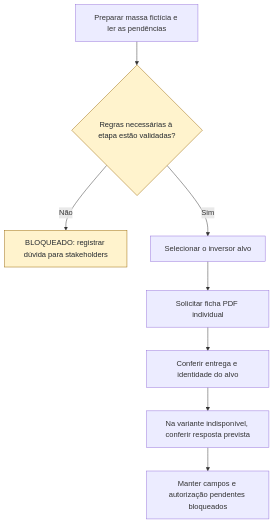
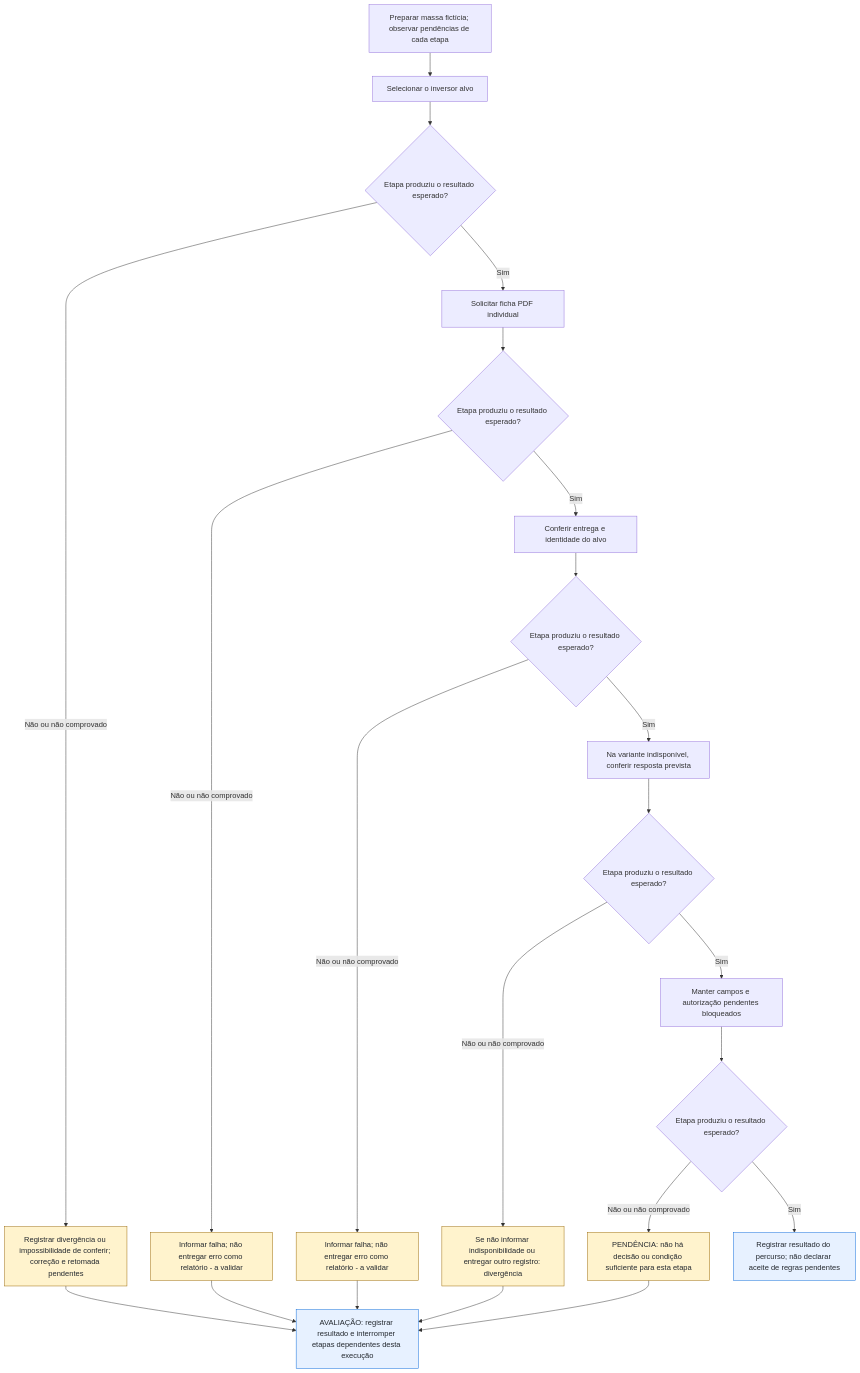
One commit to DiogoBAguiar/bvapp-cenarios-testes-diogo changed the diagram in docs/fluxos/UCS006_exportacao_2.md. Above: the diagram before and after it, drawn with Mermaid. The commit also changed other lines of this file and 11 other files, not shown here.

Commit message:
docs: representar falhas e pendencias em cada etapa dos fluxos

````diff
--- a/docs/fluxos/UCS006_exportacao_2.md
+++ b/docs/fluxos/UCS006_exportacao_2.md
@@ -9,18 +9,36 @@
 ```mermaid
 flowchart TD
-    inicio["Preparar massa fictícia e ler as pendências"]
-    inicio --> decisao{"Regras necessárias à etapa estão validadas?"}
-    decisao -->|Não| pendente["BLOQUEADO: registrar dúvida para stakeholders"]
-    decisao -->|Sim| p1
+    inicio["Preparar massa fictícia; observar pendências de cada etapa"]
+    parar["AVALIAÇÃO: registrar resultado e interromper etapas dependentes desta execução"]
+    concluir["Registrar resultado do percurso; não declarar aceite de regras pendentes"]
+    inicio --> p1
     p1["Selecionar o inversor alvo"]
+    p1 --> q1{"Etapa produziu o resultado esperado?"}
+    q1 -->|Não ou não comprovado| f1["Registrar divergência ou impossibilidade de conferir; correção e retomada pendentes"]
+    f1 --> parar
+    q1 -->|Sim| p2
     p2["Solicitar ficha PDF individual"]
-    p1 --> p2
+    p2 --> q2{"Etapa produziu o resultado esperado?"}
+    q2 -->|Não ou não comprovado| f2["Informar falha; não entregar erro como relatório - a validar"]
+    f2 --> parar
+    q2 -->|Sim| p3
     p3["Conferir entrega e identidade do alvo"]
-    p2 --> p3
+    p3 --> q3{"Etapa produziu o resultado esperado?"}
+    q3 -->|Não ou não comprovado| f3["Informar falha; não entregar erro como relatório - a validar"]
+    f3 --> parar
+    q3 -->|Sim| p4
     p4["Na variante indisponível, conferir resposta prevista"]
-    p3 --> p4
+    p4 --> q4{"Etapa produziu o resultado esperado?"}
+    q4 -->|Não ou não comprovado| f4["Se não informar indisponibilidade ou entregar outro registro: divergência"]
+    f4 --> parar
+    q4 -->|Sim| p5
     p5["Manter campos e autorização pendentes bloqueados"]
-    p4 --> p5
+    p5 --> q5{"Etapa produziu o resultado esperado?"}
+    q5 -->|Não ou não comprovado| f5["PENDÊNCIA: não há decisão ou condição suficiente para esta etapa"]
+    f5 --> parar
+    q5 -->|Sim| concluir
     classDef pendencia fill:#fff3cd,stroke:#9a6700,color:#24292f
-    class pendente,decisao pendencia
+    classDef avaliacao fill:#e7f1ff,stroke:#0969da,color:#24292f
+    class parar,concluir avaliacao
+    class f1,f2,f3,f4,f5 pendencia
 ```
````
